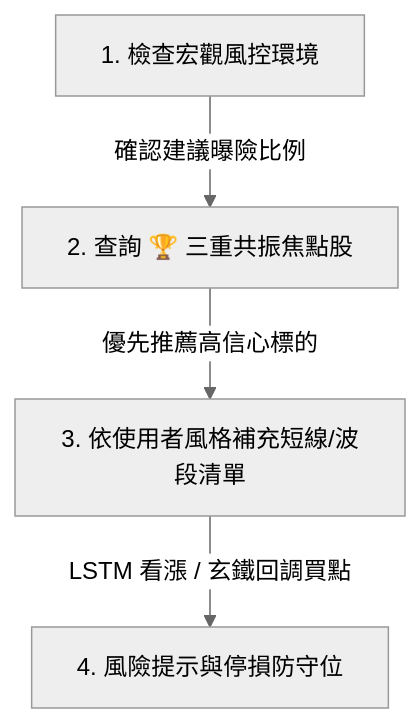
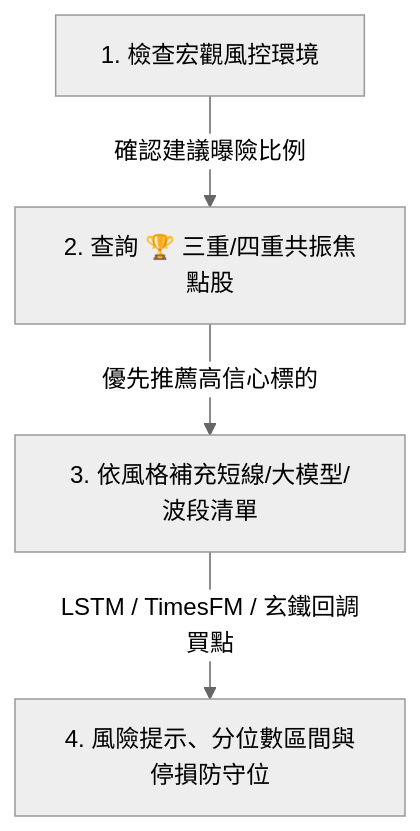
One commit to tbdavid2019/stock-underdog-ml changed the diagram in skills/stock-quant/SKILL.md. Above: the diagram before and after it, drawn with Mermaid (neutral theme). The commit also changed other lines of this file and 13 other files, not shown here.

````diff
--- a/skills/stock-quant/SKILL.md
+++ b/skills/stock-quant/SKILL.md
@@ -32,6 +35,6 @@
 ```mermaid
 graph TD
-    Step1[1. 檢查宏觀風控環境] -->|確認建議曝險比例| Step2[2. 查詢 🏆 三重共振焦點股]
-    Step2 -->|優先推薦高信心標的| Step3[3. 依使用者風格補充短線/波段清單]
-    Step3 -->|LSTM 看漲 / 玄鐵回調買點| Step4[4. 風險提示與停損防守位]
+    Step1[1. 檢查宏觀風控環境] -->|確認建議曝險比例| Step2[2. 查詢 🏆 三重/四重共振焦點股]
+    Step2 -->|優先推薦高信心標的| Step3[3. 依風格補充短線/大模型/波段清單]
+    Step3 -->|LSTM / TimesFM / 玄鐵回調買點| Step4[4. 風險提示、分位數區間與停損防守位]
 ```
````
